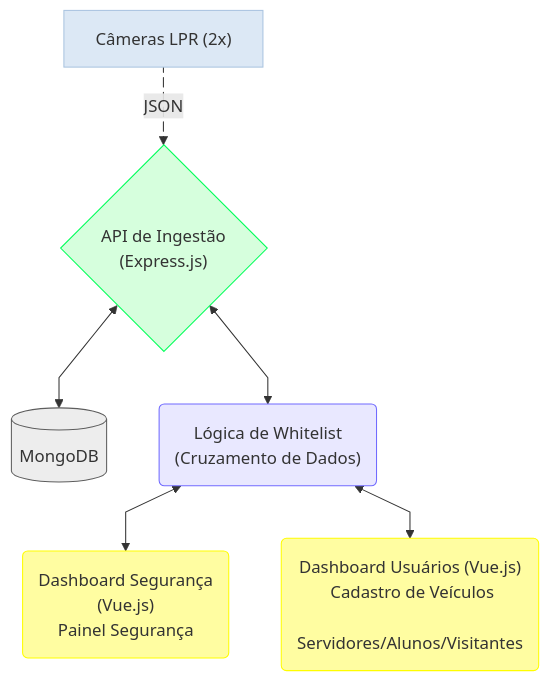
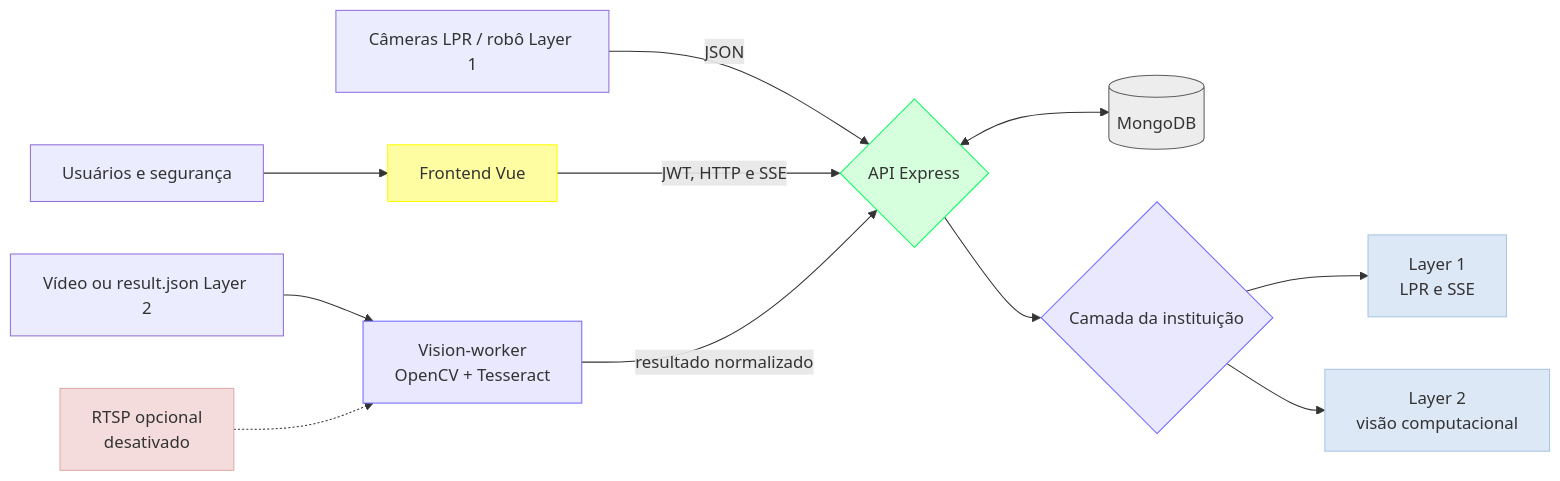
Before and after one commit to alberthydev/carcara-sentinela: the first of 4 diagrams in README.md, drawn with Mermaid. The commit also changed other lines of this file and 45 other files, not shown here.

````diff
--- a/README.md
+++ b/README.md
@@ -65,20 +66,22 @@
 ```mermaid
-flowchart TD
-    A["Câmeras LPR (2x)"] e1@-->|JSON| B{"API de Ingestão \n(Express.js)"}
-    e1@{ animate: true, curve: linear }
-    B e2@<--> C[(MongoDB)]
-    B e3@<--> D("Lógica de Whitelist \n(Cruzamento de Dados)")
-    D e4@<--> E("Dashboard Segurança \n(Vue.js)\nPainel Segurança")
-    D e5@<--> F("Dashboard Usuários (Vue.js)\n Cadastro de Veículos\n Servidores/Alunos/Visitantes")
-    e2@{ curve: linear }
-    e3@{ curve: linear }
-    e4@{ curve: linear }
-    e5@{ curve: linear }
+flowchart LR
+    U["Usuários e segurança"] --> A["Frontend Vue"]
+    LPR["Câmeras LPR / robô Layer 1"] -->|JSON| B{"API Express"}
+    A -->|JWT, HTTP e SSE| B
+    V["Vídeo ou result.json Layer 2"] --> W["Vision-worker\nOpenCV + Tesseract"]
+    W -->|resultado normalizado| B
+    B <--> C[(MongoDB)]
+    B --> D{"Camada da instituição"}
+    D --> E["Layer 1\nLPR e SSE"]
+    D --> F["Layer 2\nvisão computacional"]
+    R["RTSP opcional\ndesativado"] -.-> W
   
-    style A fill:#dce8f5,stroke:#aac4e0
+    style A fill:#FFFDA1,stroke:#FFFD00
     style B fill:#D6FFDD,stroke:#00FF59
     style C fill:#EDEDED,stroke:#5E5E5E
     style D fill:#E9E8FF,stroke:#716BFF
-    style E fill:#FFFDA1,stroke:#FFFD00
-    style F fill:#FFFDA1,stroke:#FFFD00
+    style E fill:#dce8f5,stroke:#aac4e0
+    style F fill:#dce8f5,stroke:#aac4e0
+    style W fill:#E9E8FF,stroke:#716BFF
+    style R fill:#f5dcdc,stroke:#e0aaaa
 ```
````
